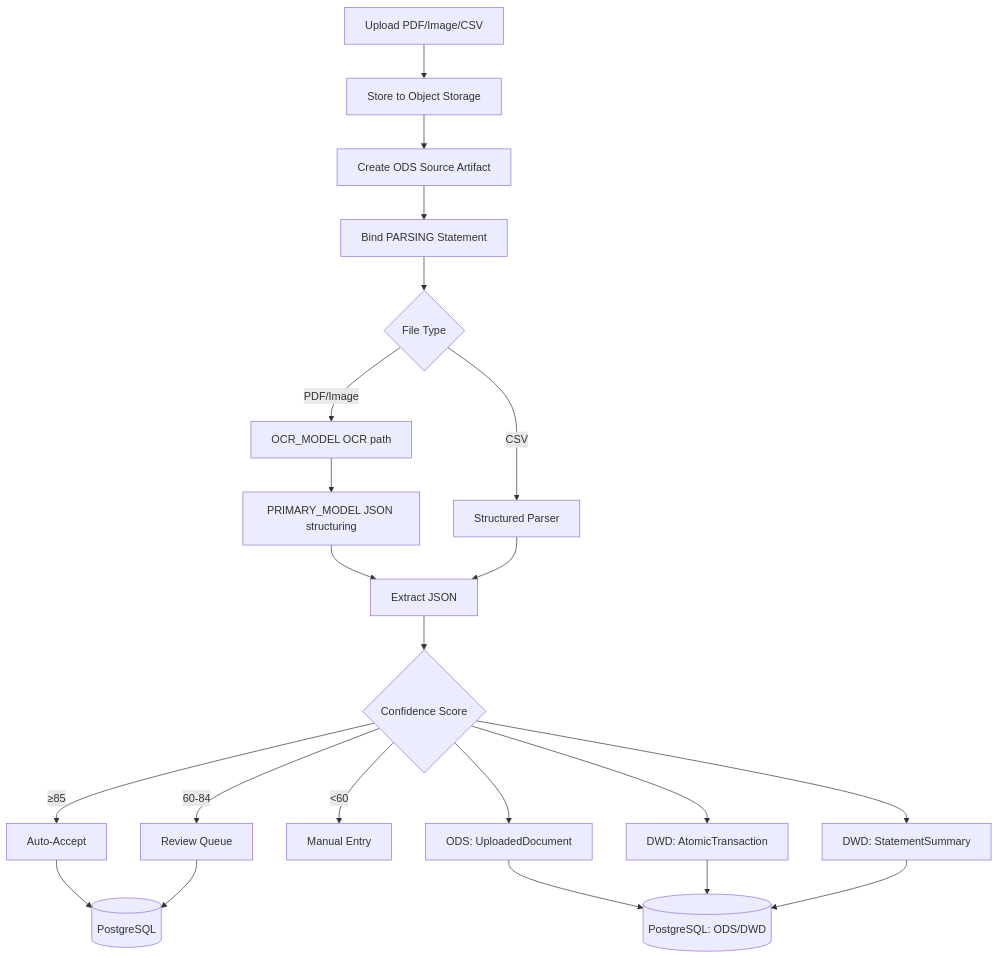
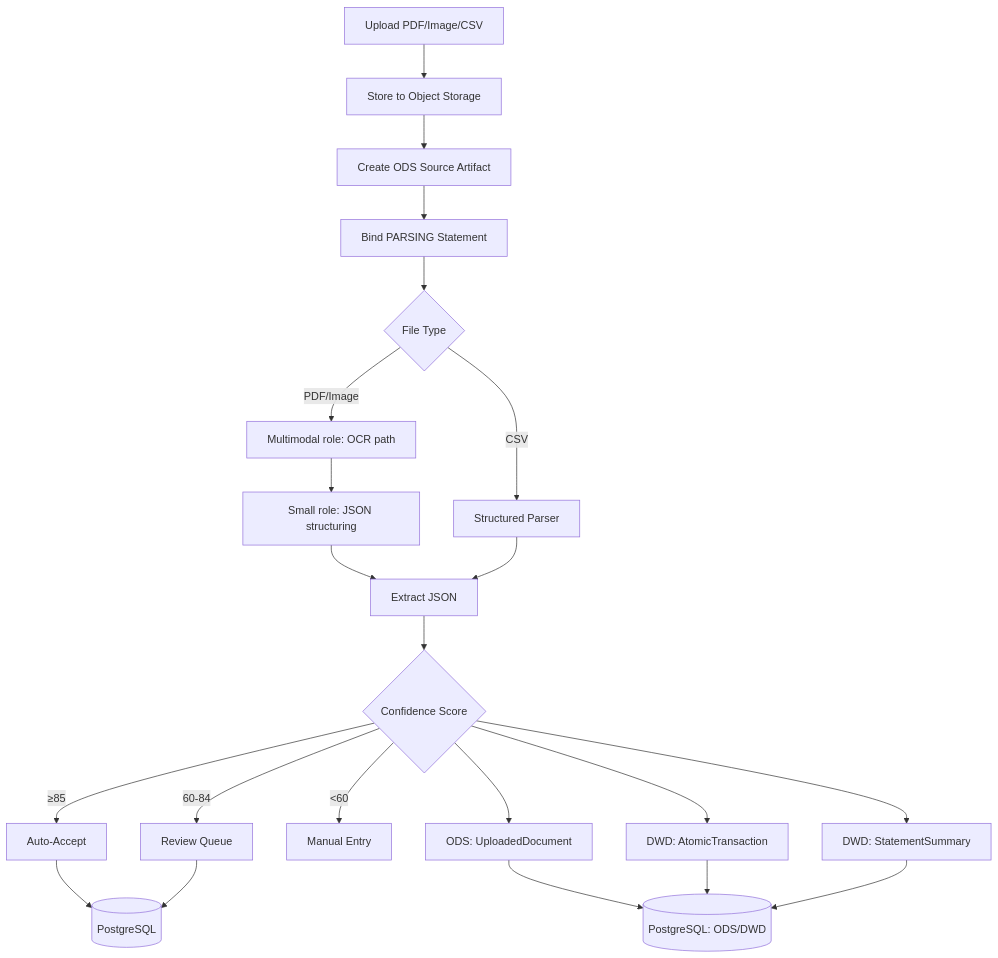
One commit to wangzitian0/finance_report changed the diagram in common/extraction/readme.md. Above: the diagram before and after it, drawn with Mermaid. The commit also changed other lines of this file and 55 other files, not shown here.

````diff
--- a/common/extraction/readme.md
+++ b/common/extraction/readme.md
@@ -266,26 +266,26 @@
 ```mermaid
 flowchart TB
     A[Upload PDF/Image/CSV] --> S[Store to Object Storage]
     S --> O[Create ODS Source Artifact]
     O --> P[Bind PARSING Statement]
     P --> B{File Type}
-    B -->|PDF/Image| C["OCR_MODEL OCR path"]
-    C --> C2["PRIMARY_MODEL JSON structuring"]
+    B -->|PDF/Image| C["Multimodal role: OCR path"]
+    C --> C2["Small role: JSON structuring"]
     B -->|CSV| D[Structured Parser]
     C2 --> E[Extract JSON]
     D --> E
     E --> F{Confidence Score}
     F -->|≥85| G[Auto-Accept]
     F -->|60-84| H[Review Queue]
     F -->|<60| I[Manual Entry]
     G --> J[(PostgreSQL)]
     H --> J
 
     %% EPIC-011 Direct Writes
     F --> K[ODS: UploadedDocument]
     F --> L[DWD: AtomicTransaction]
     F --> N[DWD: StatementSummary]
     K --> M[(PostgreSQL: ODS/DWD)]
     L --> M
     N --> M
 ```
````
